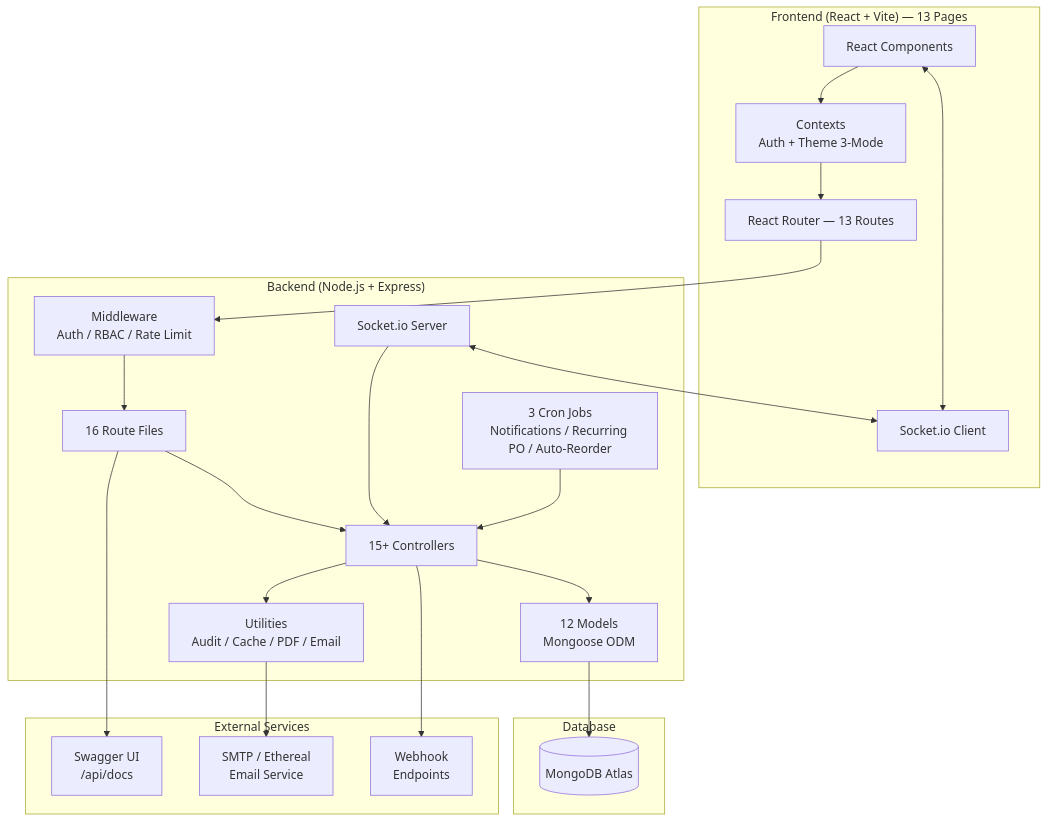
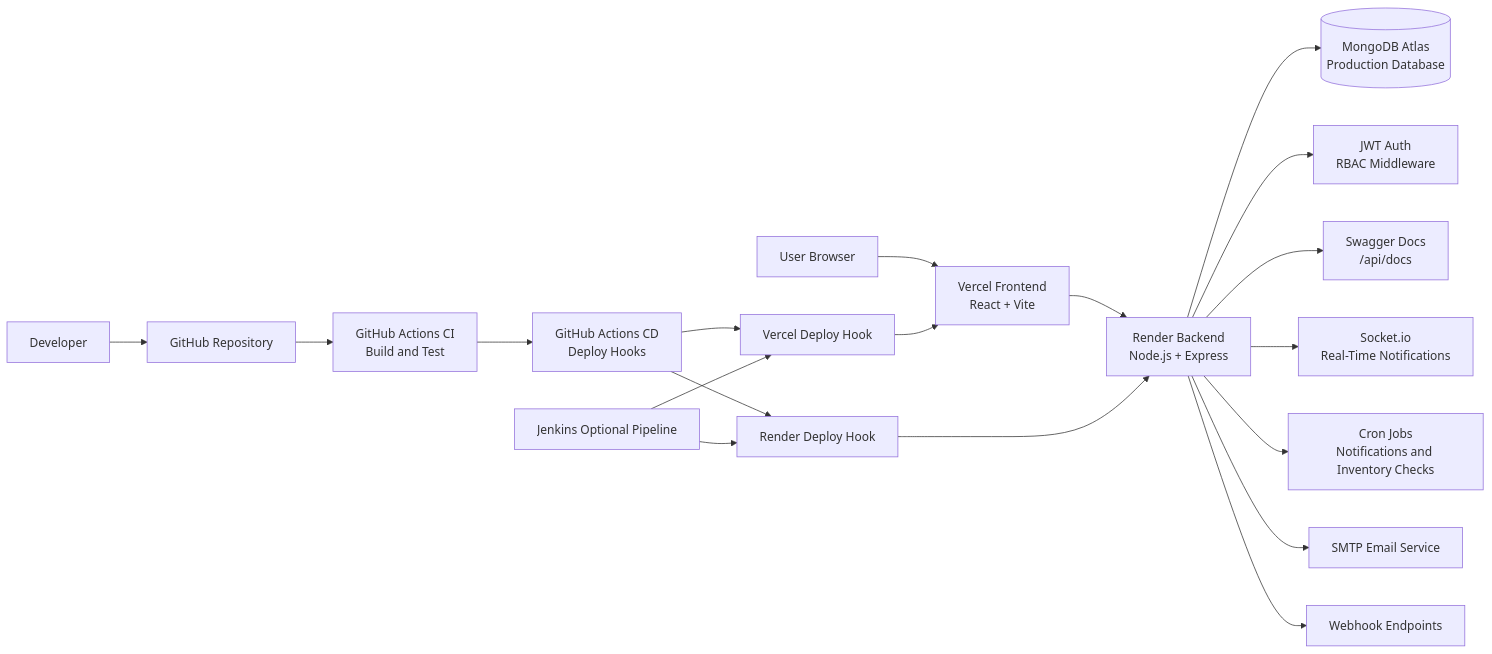
The first of 3 diagrams in SYSTEM_DESIGN.md (uday2327/-Vendor-Purchase-Order-Manager-Enterprise-SaaS-Platform), drawn with Mermaid before and after one commit. The commit also changed other lines of this file and 3 other files, not shown here.

````diff
--- a/SYSTEM_DESIGN.md
+++ b/SYSTEM_DESIGN.md
@@ -126,40 +23,24 @@
 ```mermaid
-graph TB
-    subgraph Client["Frontend (React + Vite) — 13 Pages"]
-        UI[React Components]
-        RC[Contexts<br/>Auth + Theme 3-Mode]
-        RR[React Router — 13 Routes]
-        WS[Socket.io Client]
-    end
+flowchart LR
+    U[User Browser] --> FE[Vercel Frontend<br/>React + Vite]
+    FE --> API[Render Backend<br/>Node.js + Express]
+    API --> DB[(MongoDB Atlas<br/>Production Database)]
 
-    subgraph Server["Backend (Node.js + Express)"]
-        MW[Middleware<br/>Auth / RBAC / Rate Limit]
-        RT[16 Route Files]
-        CT[15+ Controllers]
-        MD[12 Models<br/>Mongoose ODM]
-        UT[Utilities<br/>Audit / Cache / PDF / Email]
-        SK[Socket.io Server]
-        CR[3 Cron Jobs<br/>Notifications / Recurring PO / Auto-Reorder]
-    end
+    API --> AUTH[JWT Auth<br/>RBAC Middleware]
+    API --> DOCS[Swagger Docs<br/>/api/docs]
+    API --> RT[Socket.io<br/>Real-Time Notifications]
+    API --> JOBS[Cron Jobs<br/>Notifications and Inventory Checks]
+    API --> EMAIL[SMTP Email Service]
+    API --> HOOKS[Webhook Endpoints]
 
-    subgraph DB["Database"]
-        MG[(MongoDB Atlas)]
-    end
+    DEV[Developer] --> GH[GitHub Repository]
+    GH --> CI[GitHub Actions CI<br/>Build and Test]
+    CI --> CD[GitHub Actions CD<br/>Deploy Hooks]
+    CD --> RENDER[Render Deploy Hook]
+    CD --> VERCEL[Vercel Deploy Hook]
+    RENDER --> API
+    VERCEL --> FE
 
-    subgraph External["External Services"]
-        SW[Swagger UI<br/>/api/docs]
-        EM[SMTP / Ethereal<br/>Email Service]
-        WH[Webhook<br/>Endpoints]
-    end
-
-    UI --> RC --> RR
-    UI <--> WS
-    RR --> MW --> RT --> CT --> MD --> MG
-    CT --> UT
-    UT --> EM
-    CT --> WH
-    SK <--> WS
-    SK --> CT
-    CR --> CT
-    RT --> SW
+    JENKINS[Jenkins Optional Pipeline] --> RENDER
+    JENKINS --> VERCEL
 ```
````
